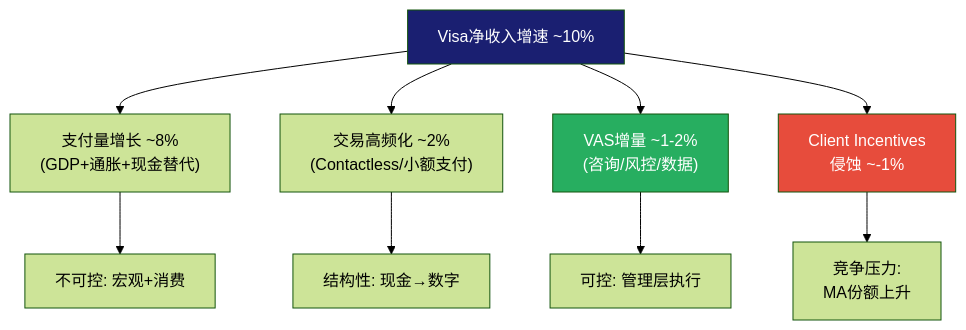
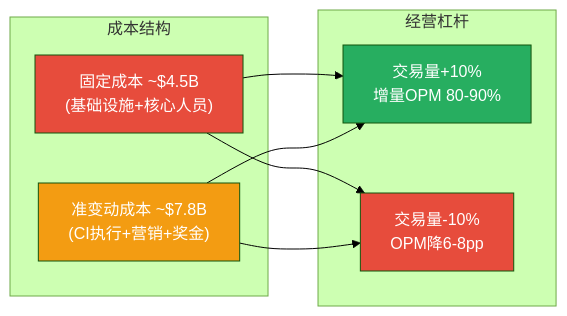
The fifth of 7 diagrams in reports/V/V_Phase1.md (miltonnewyork25-afk/investment-master), drawn with Mermaid (forest theme) before and after one commit. The commit also changed other lines of this file and 1 other file, not shown here.

````diff
--- a/reports/V/V_Phase1.md
+++ b/reports/V/V_Phase1.md
@@ -323,16 +500,22 @@
 ```mermaid
-graph TD
-    A["Visa净收入增速 ~10%"] --> B["支付量增长 ~8%<br/>(GDP+通胀+现金替代)"]
-    A --> C["交易高频化 ~2%<br/>(Contactless/小额支付)"]
-    A --> D["VAS增量 ~1-2%<br/>(咨询/风控/数据)"]
-    A --> E["Client Incentives<br/>侵蚀 ~-1%"]
+graph LR
+    subgraph 成本结构
+        A["固定成本 ~$4.5B<br/>(基础设施+核心人员)"]
+        B["准变动成本 ~$7.8B<br/>(CI执行+营销+奖金)"]
+    end
 
-    B --> B1["不可控: 宏观+消费"]
-    C --> C1["结构性: 现金→数字"]
-    D --> D1["可控: 管理层执行"]
-    E --> E1["竞争压力:<br/>MA份额上升"]
+    subgraph 经营杠杆
+        C["交易量+10%<br/>增量OPM 80-90%"]
+        D["交易量-10%<br/>OPM降6-8pp"]
+    end
 
-    style A fill:#1A1F71,color:#fff
-    style E fill:#E74C3C,color:#fff
-    style D fill:#27AE60,color:#fff
+    A --> C
+    A --> D
+    B --> C
+    B --> D
+
+    style A fill:#E74C3C,color:#fff
+    style B fill:#F39C12,color:#fff
+    style C fill:#27AE60,color:#fff
+    style D fill:#E74C3C,color:#fff
 ```
````
